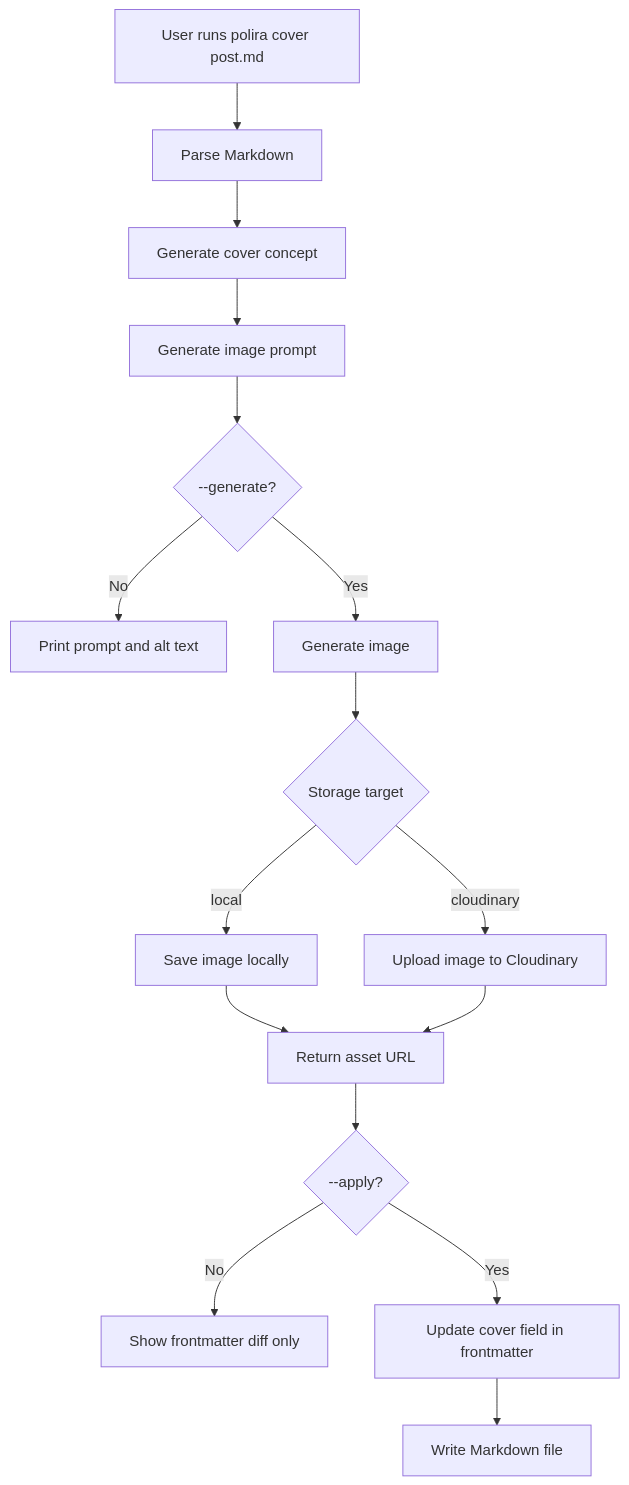
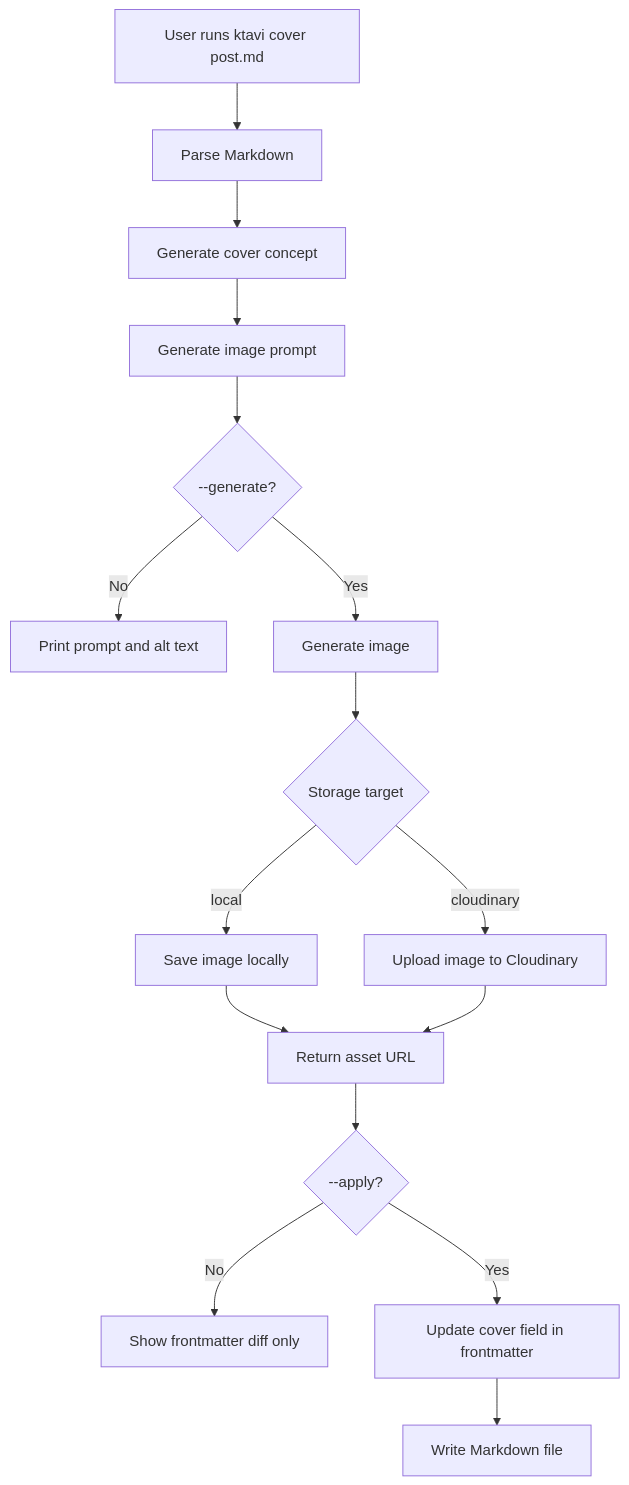
Before and after one commit to mayashavin/ktavi: the second of 3 diagrams in project-plan.md, drawn with Mermaid. The commit also changed other lines of this file and 28 other files, not shown here.

First line of the commit message:
Rename project identity from `polira` to `ktavi` across CLI, config, core types, and docs (#125)

````diff
--- a/project-plan.md
+++ b/project-plan.md
@@ -806,18 +806,18 @@
 ```mermaid
 flowchart TD
-    A[User runs polira cover post.md] --> B[Parse Markdown]
+    A[User runs ktavi cover post.md] --> B[Parse Markdown]
     B --> C[Generate cover concept]
     C --> D[Generate image prompt]
     D --> E{--generate?}
     E -- No --> F[Print prompt and alt text]
     E -- Yes --> G[Generate image]
     G --> H{Storage target}
     H -- local --> I[Save image locally]
     H -- cloudinary --> J[Upload image to Cloudinary]
     I --> K[Return asset path]
     J --> K[Return asset URL]
     K --> L{--apply?}
     L -- No --> M[Show frontmatter diff only]
     L -- Yes --> N[Update cover field in frontmatter]
     N --> O[Write Markdown file]
 ```
````
